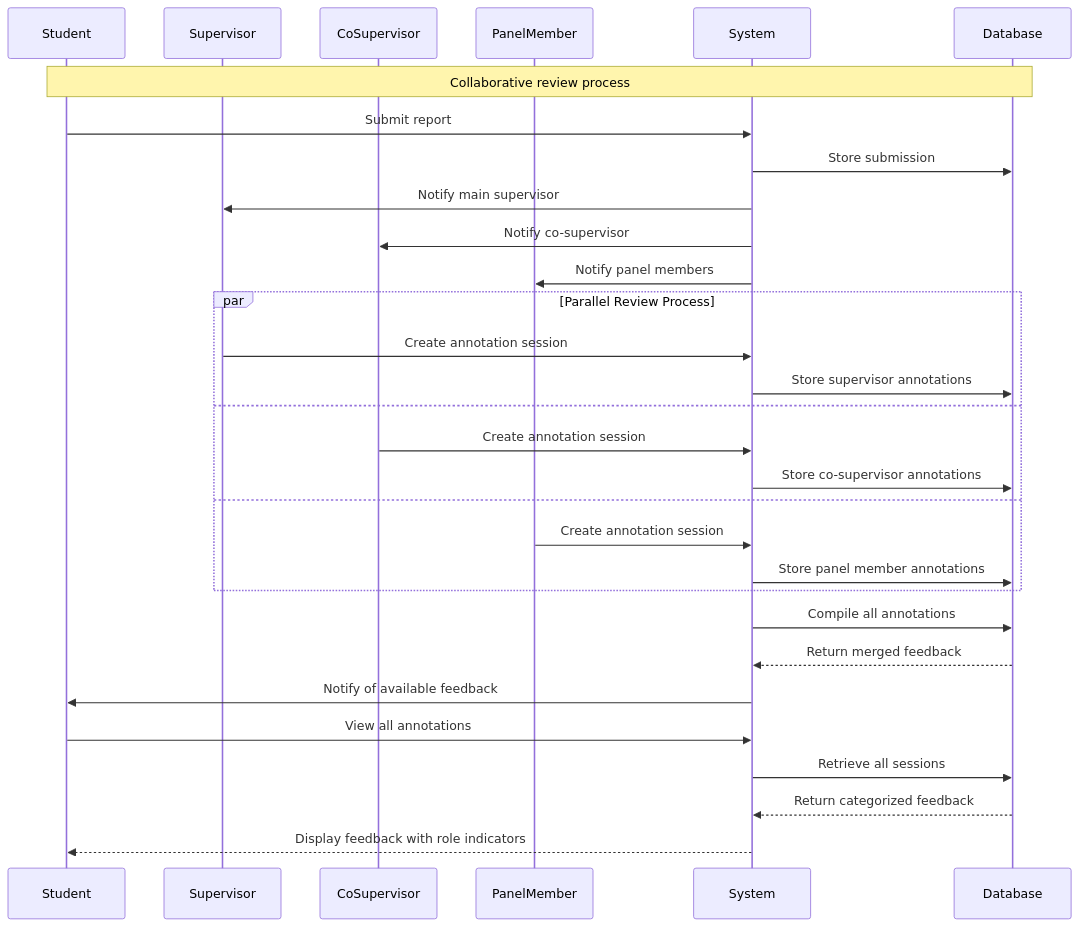
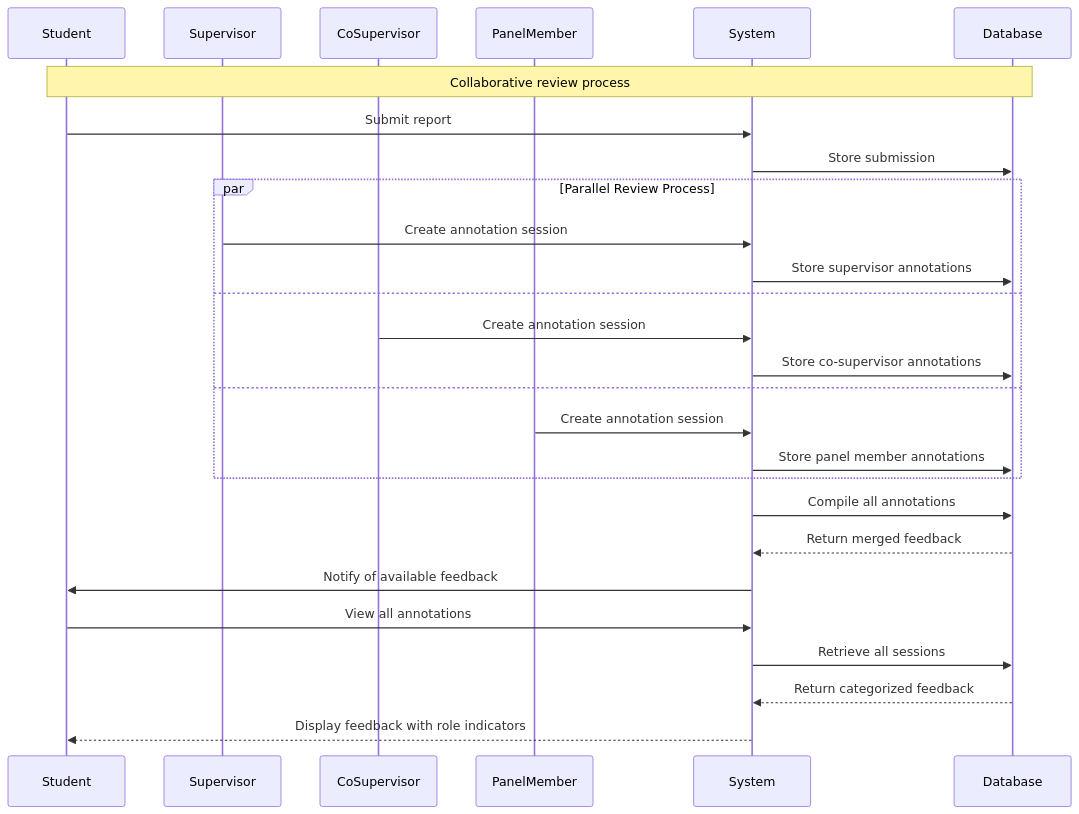
One commit to abdullah2323442/thesisrepo-backup changed diagram 32 of 37 in sequence-academic.md. Above: the diagram before and after it, drawn with Mermaid.

Commit message:
update sequence academic md

````diff
--- a/sequence-academic.md
+++ b/sequence-academic.md
@@ -1070,37 +1070,34 @@
 ```mermaid
 sequenceDiagram
     participant Student
     participant Supervisor
     participant CoSupervisor
     participant PanelMember
     participant System
     participant Database
 
     Note over Student,Database: Collaborative review process
     
     Student->>System: Submit report
     System->>Database: Store submission
-    System->>Supervisor: Notify main supervisor
-    System->>CoSupervisor: Notify co-supervisor
-    System->>PanelMember: Notify panel members
     
     par Parallel Review Process
         Supervisor->>System: Create annotation session
         System->>Database: Store supervisor annotations
     and
         CoSupervisor->>System: Create annotation session
         System->>Database: Store co-supervisor annotations
     and
         PanelMember->>System: Create annotation session
         System->>Database: Store panel member annotations
     end
     
     System->>Database: Compile all annotations
     Database-->>System: Return merged feedback
     System->>Student: Notify of available feedback
     
     Student->>System: View all annotations
     System->>Database: Retrieve all sessions
     Database-->>System: Return categorized feedback
     System-->>Student: Display feedback with role indicators
 ```
````
